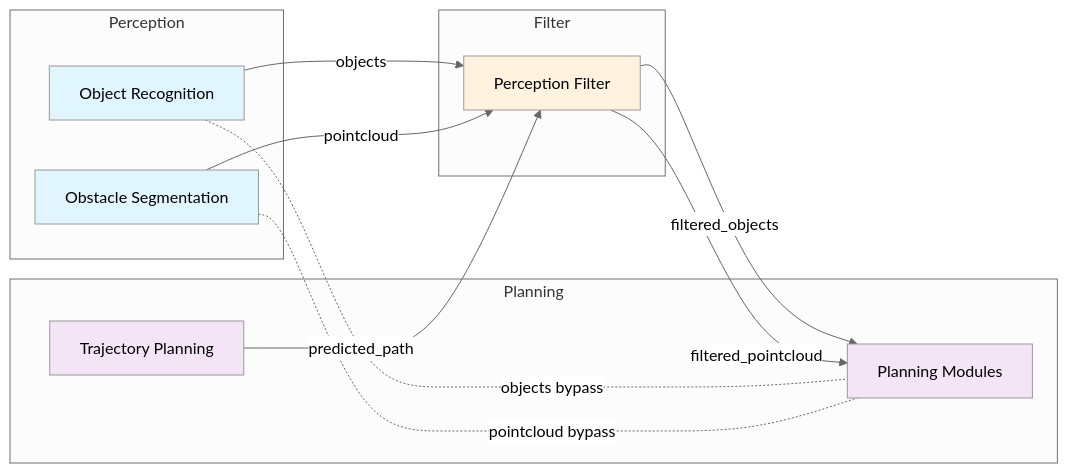
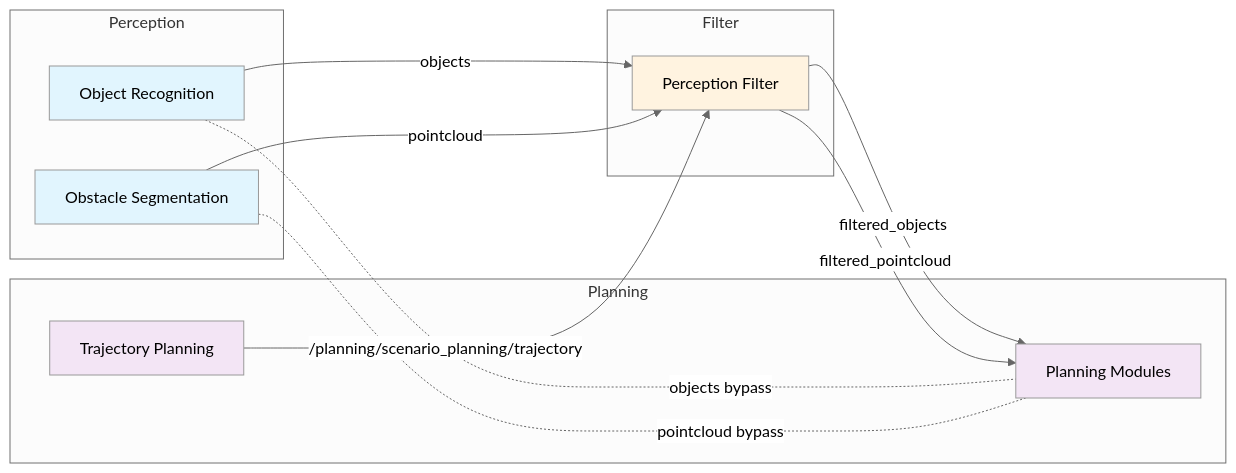
The first of 3 diagrams in planning/autoware_perception_filter/README.md (tier4/autoware_universe), drawn with Mermaid (neutral theme) before and after one commit. The commit also changed other lines of this file and 3 other files, not shown here.

Commit message:
feat: update perception filter to use 'input_planning_trajectory' for trajectory input and adjust related documentation

````diff
--- a/planning/autoware_perception_filter/README.md
+++ b/planning/autoware_perception_filter/README.md
@@ -79,36 +79,36 @@
 ```mermaid
 graph LR
     subgraph "Perception"
         P1[Object Recognition]
         P2[Obstacle Segmentation]
     end
 
     subgraph "Planning"
         PL1[Trajectory Planning]
     end
 
     subgraph "Filter"
         F[Perception Filter]
     end
 
     subgraph "Planning"
         PL2[Planning Modules]
     end
 
     P1 -->|objects| F
     P2 -->|pointcloud| F
-    PL1 -->|predicted_path| F
+    PL1 -->|/planning/scenario_planning/trajectory| F
     F -->|filtered_objects| PL2
     F -->|filtered_pointcloud| PL2
 
     P1 -.-|objects bypass| PL2
     P2 -.-|pointcloud bypass| PL2
 
     classDef perception fill:#e1f5fe
     classDef planning fill:#f3e5f5
     classDef filter fill:#fff3e0
 
     class P1,P2 perception
     class PL1,PL2 planning
     class F filter
 ```
````
